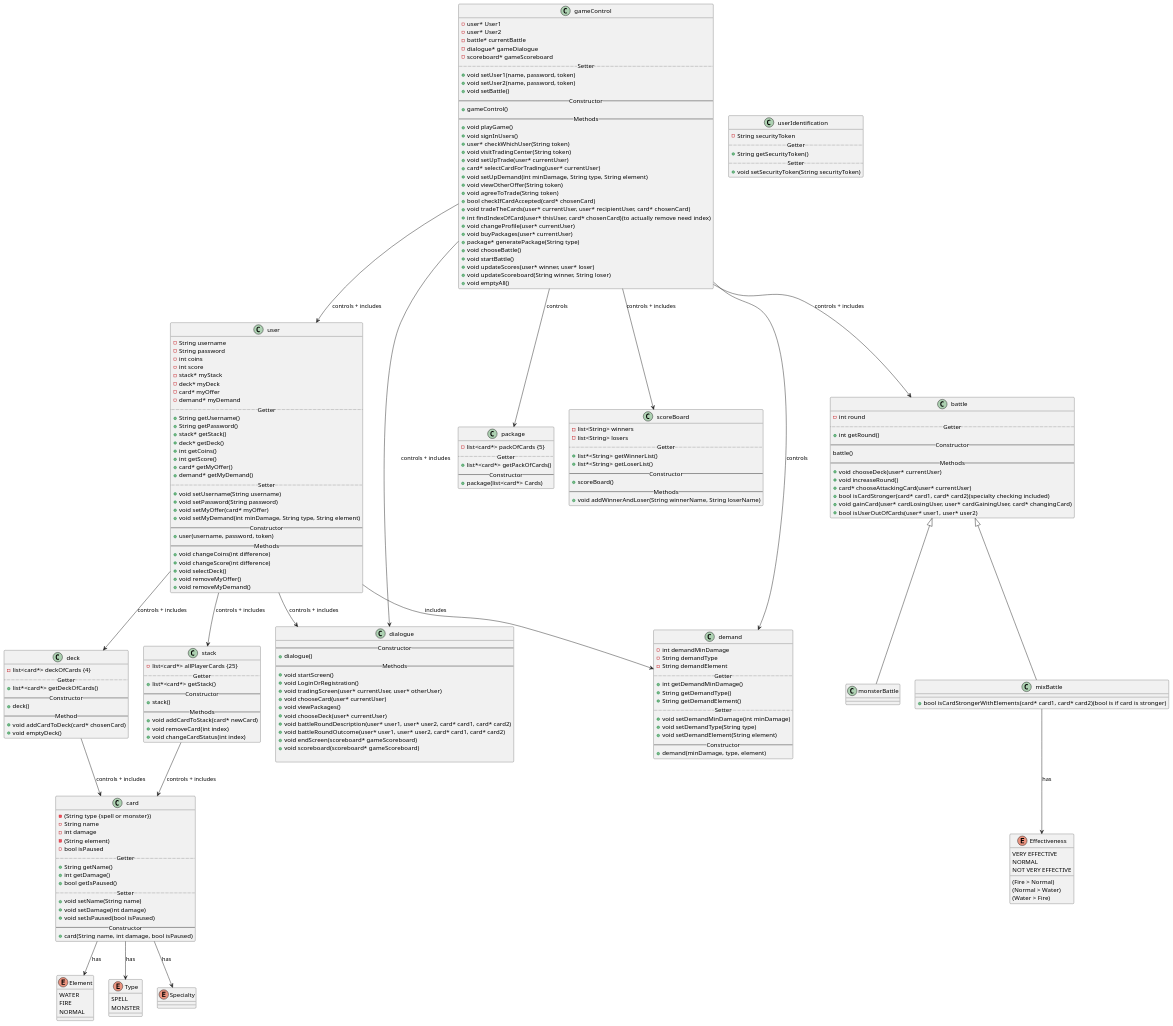
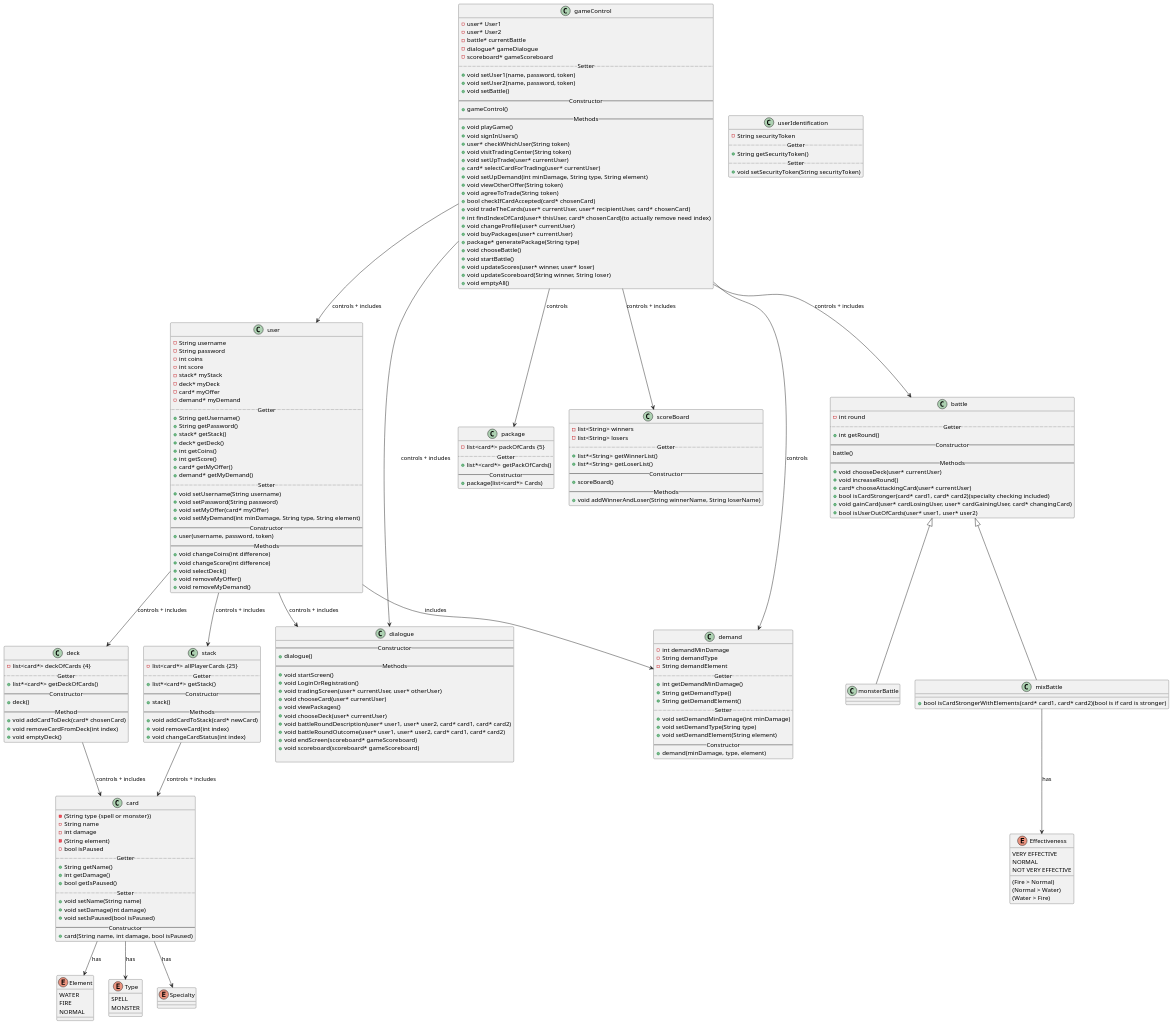
Before and after one commit to marlis-t/MonsterTradingCardGame: the diagram in Monster-Trading-Card-Game/classdiagram.puml, drawn with PlantUML. The commit also changed 4 other files, not shown here.

Commit message:
added Deck-Class + content, changed classdiagram, all cardrelated classes in one package

```diff
--- a/Monster-Trading-Card-Game/classdiagram.puml
+++ b/Monster-Trading-Card-Game/classdiagram.puml
@@ -89,6 +89,7 @@
     +deck()
     --Method--
     +void addCardToDeck(card* chosenCard)
+    +void removeCardFromDeck(int index)
     +void emptyDeck()
 }
 
```
